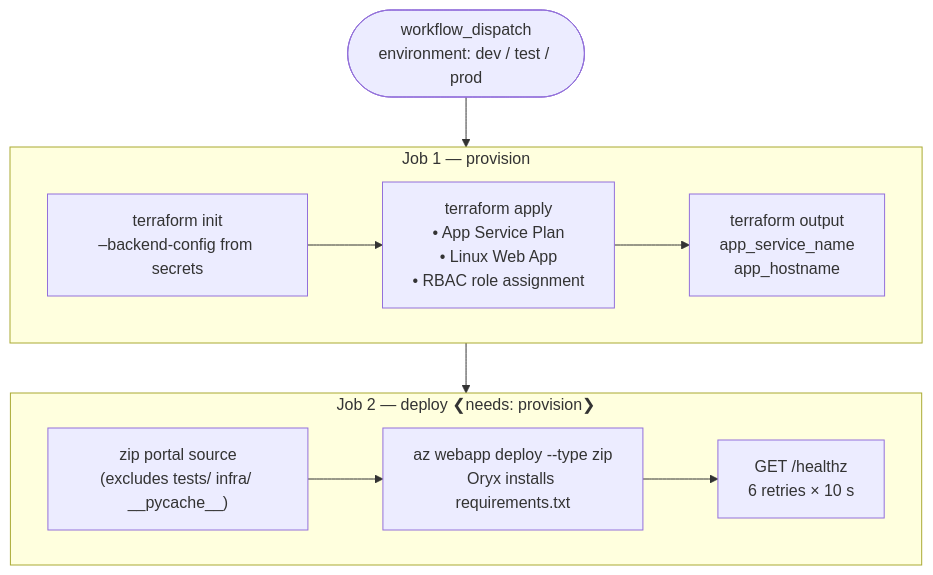
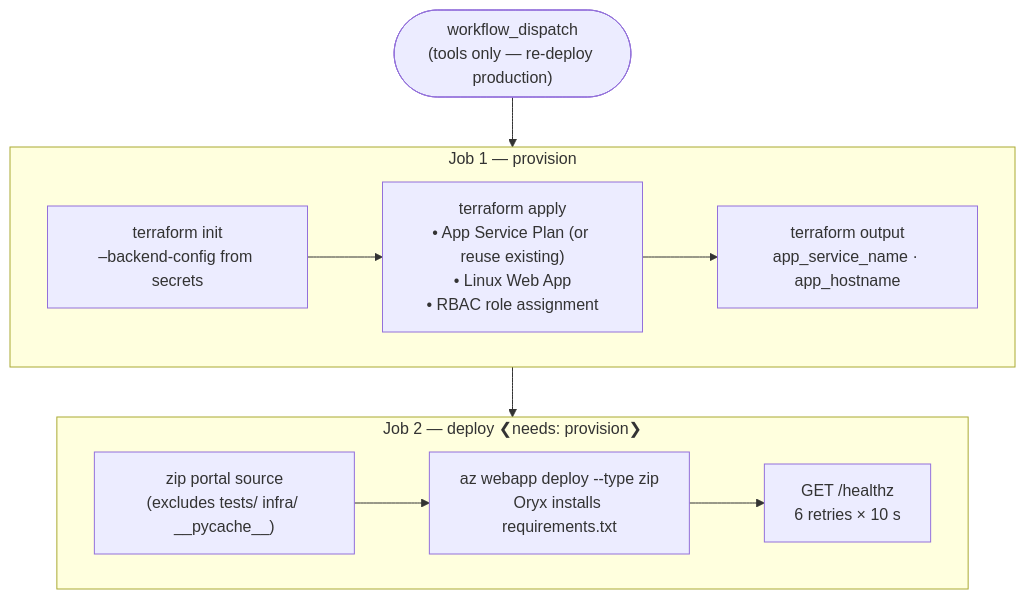
Before and after one commit to bcgov/ai-hub-tracking: the eighth of 8 diagrams in tenant-onboarding-portal/README.md, drawn with Mermaid. The commit also changed other lines of this file and 10 other files, not shown here.

````diff
--- a/tenant-onboarding-portal/README.md
+++ b/tenant-onboarding-portal/README.md
@@ -327,20 +398,20 @@
 ```mermaid
 flowchart TD
-    Trigger([workflow_dispatch\nenvironment: dev / test / prod])
+    Trigger(["workflow_dispatch\n(tools only — re-deploy production)"])
 
     subgraph job1 [Job 1 — provision]
         TFInit["terraform init\n–backend-config from secrets"]
-        TFApply["terraform apply\n• App Service Plan\n• Linux Web App\n• RBAC role assignment"]
-        TFOut["terraform output\napp_service_name\napp_hostname"]
+        TFApply["terraform apply\n• App Service Plan (or reuse existing)\n• Linux Web App\n• RBAC role assignment"]
+        TFOut["terraform output\napp_service_name · app_hostname"]
         TFInit --> TFApply --> TFOut
     end
 
     subgraph job2 [Job 2 — deploy  ❮needs: provision❯]
         Zip["zip portal source\n(excludes tests/ infra/ __pycache__)"]
         Push["az webapp deploy --type zip\nOryx installs requirements.txt"]
         Health["GET /healthz\n6 retries × 10 s"]
         Zip --> Push --> Health
     end
 
     Trigger --> job1 --> job2
 ```
````
